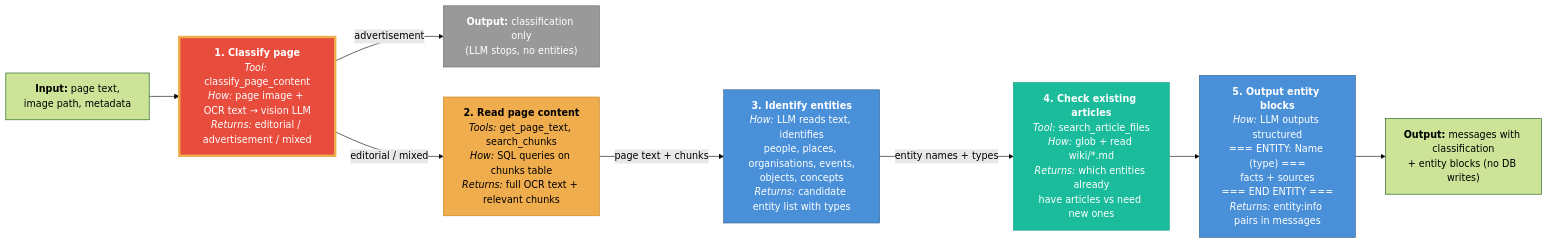
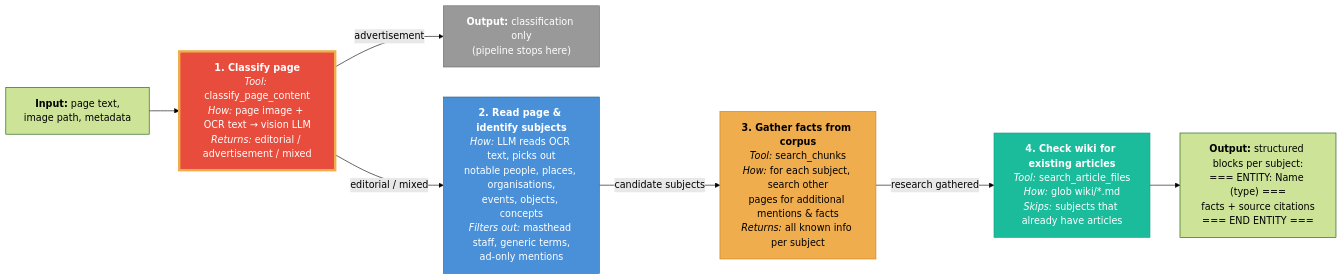
The second of 4 diagrams in docs/swarm-flow.md (alastairrushworth/docswarm), drawn with Mermaid (forest theme) before and after one commit. The commit also changed other lines of this file, not shown here.

````diff
--- a/docs/swarm-flow.md
+++ b/docs/swarm-flow.md
@@ -66,41 +66,38 @@
 ```mermaid
 flowchart LR
     IN["<b>Input:</b> page text,<br/>image path, metadata"]
 
     IN --> S1
 
     S1["<b>1. Classify page</b><br/><i>Tool:</i> classify_page_content<br/><i>How:</i> page image + OCR text &rarr; vision LLM<br/><i>Returns:</i> editorial / advertisement / mixed"]
 
-    S1 -->|"advertisement"| OUT_AD["<b>Output:</b> classification only<br/>(LLM stops, no entities)"]
+    S1 -->|"advertisement"| OUT_AD["<b>Output:</b> classification only<br/>(pipeline stops here)"]
     S1 -->|"editorial / mixed"| S2
 
-    S2["<b>2. Read page content</b><br/><i>Tools:</i> get_page_text, search_chunks<br/><i>How:</i> SQL queries on chunks table<br/><i>Returns:</i> full OCR text + relevant chunks"]
+    S2["<b>2. Read page &amp; identify subjects</b><br/><i>How:</i> LLM reads OCR text, picks out<br/>notable people, places, organisations,<br/>events, objects, concepts<br/><i>Filters out:</i> masthead staff, generic terms,<br/>ad-only mentions"]
 
-    S2 -->|"page text + chunks"| S3
+    S2 -->|"candidate subjects"| S3
 
-    S3["<b>3. Identify entities</b><br/><i>How:</i> LLM reads text, identifies<br/>people, places, organisations, events,<br/>objects, concepts<br/><i>Returns:</i> candidate entity list with types"]
+    S3["<b>3. Gather facts from corpus</b><br/><i>Tool:</i> search_chunks<br/><i>How:</i> for each subject, search other<br/>pages for additional mentions &amp; facts<br/><i>Returns:</i> all known info per subject"]
 
-    S3 -->|"entity names + types"| S4
+    S3 -->|"research gathered"| S4
 
-    S4["<b>4. Check existing articles</b><br/><i>Tool:</i> search_article_files<br/><i>How:</i> glob + read wiki/*.md<br/><i>Returns:</i> which entities already<br/>have articles vs need new ones"]
+    S4["<b>4. Check wiki for existing articles</b><br/><i>Tool:</i> search_article_files<br/><i>How:</i> glob wiki/*.md<br/><i>Skips:</i> subjects that already have articles"]
 
-    S4 --> S5
+    S4 --> OUT
 
-    S5["<b>5. Output entity blocks</b><br/><i>How:</i> LLM outputs structured<br/>=== ENTITY: Name (type) ===<br/>facts + sources<br/>=== END ENTITY ===<br/><i>Returns:</i> entity:info pairs in messages"]
-
-    S5 --> OUT["<b>Output:</b> messages with classification<br/>+ entity blocks (no DB writes)"]
+    OUT["<b>Output:</b> structured blocks per subject:<br/>=== ENTITY: Name (type) ===<br/>facts + source citations<br/>=== END ENTITY ==="]
 
     %% Styling
     classDef srcDb fill:#f0ad4e,stroke:#c77f1a,color:#000
     classDef srcWiki fill:#1abc9c,stroke:#16a085,color:#fff
     classDef srcMixed fill:#e74c3c,stroke:#f0ad4e,color:#fff,stroke-width:4px
     classDef srcLlm fill:#4a90d9,stroke:#2c5f8a,color:#fff
     classDef srcStop fill:#999,stroke:#666,color:#fff
 
     class S1 srcMixed
-    class S2 srcDb
-    class S3 srcLlm
+    class S2 srcLlm
+    class S3 srcDb
     class S4 srcWiki
-    class S5 srcLlm
     class OUT_AD srcStop
 ```
````
